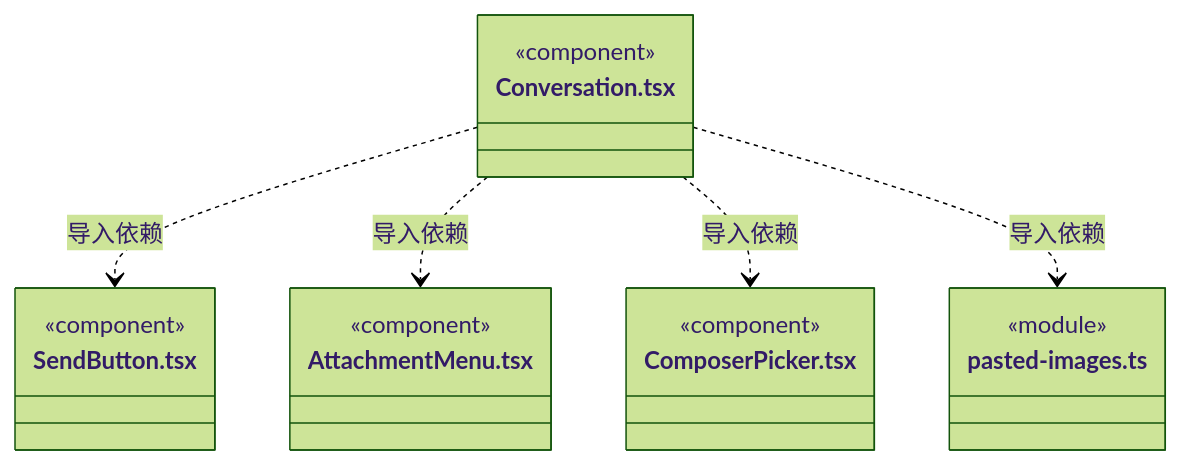
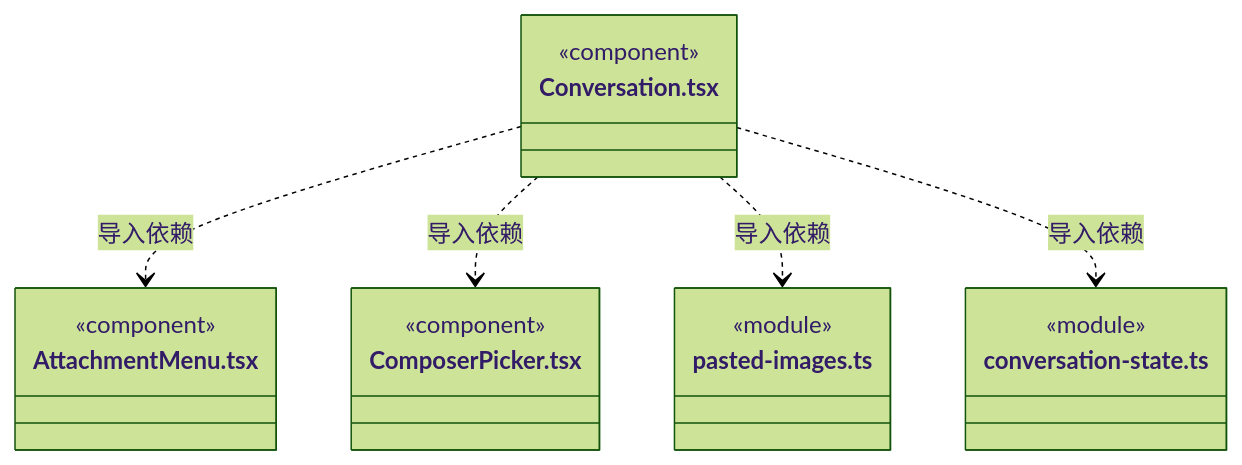
One commit to nan023062/cbim changed diagram 45 of 51 in src/view/conversation/ARCHITECTURE.md. Above: the diagram before and after it, drawn with Mermaid (forest theme). The commit also changed other lines of this file and 29 other files, not shown here.

````diff
--- a/src/view/conversation/ARCHITECTURE.md
+++ b/src/view/conversation/ARCHITECTURE.md
@@ -722,22 +692,22 @@
 ```mermaid
 classDiagram
 class N_src_view_conversation_Conversation_tsx["Conversation.tsx"] {
-  <<component>>
-}
-class N_src_view_conversation_SendButton_tsx["SendButton.tsx"] {
   <<component>>
 }
 class N_src_view_conversation_AttachmentMenu_tsx["AttachmentMenu.tsx"] {
   <<component>>
 }
 class N_src_view_conversation_ComposerPicker_tsx["ComposerPicker.tsx"] {
   <<component>>
 }
 class N_src_view_conversation_pasted_images_ts["pasted-images.ts"] {
   <<module>>
 }
-N_src_view_conversation_Conversation_tsx ..> N_src_view_conversation_SendButton_tsx : 导入依赖
+class N_src_view_conversation_conversation_state_ts["conversation-state.ts"] {
+  <<module>>
+}
 N_src_view_conversation_Conversation_tsx ..> N_src_view_conversation_AttachmentMenu_tsx : 导入依赖
 N_src_view_conversation_Conversation_tsx ..> N_src_view_conversation_ComposerPicker_tsx : 导入依赖
 N_src_view_conversation_Conversation_tsx ..> N_src_view_conversation_pasted_images_ts : 导入依赖
+N_src_view_conversation_Conversation_tsx ..> N_src_view_conversation_conversation_state_ts : 导入依赖
 ```
````
